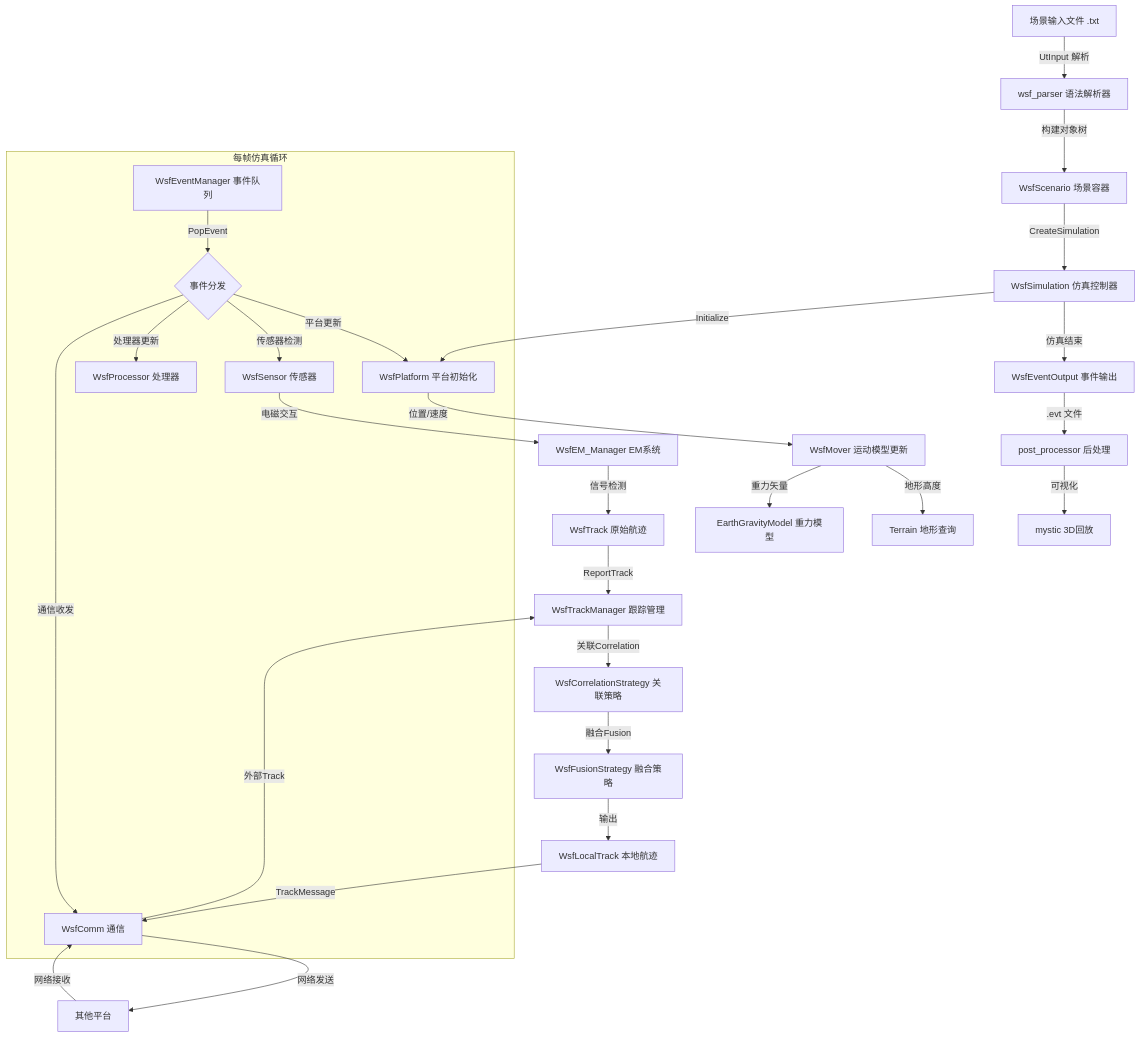
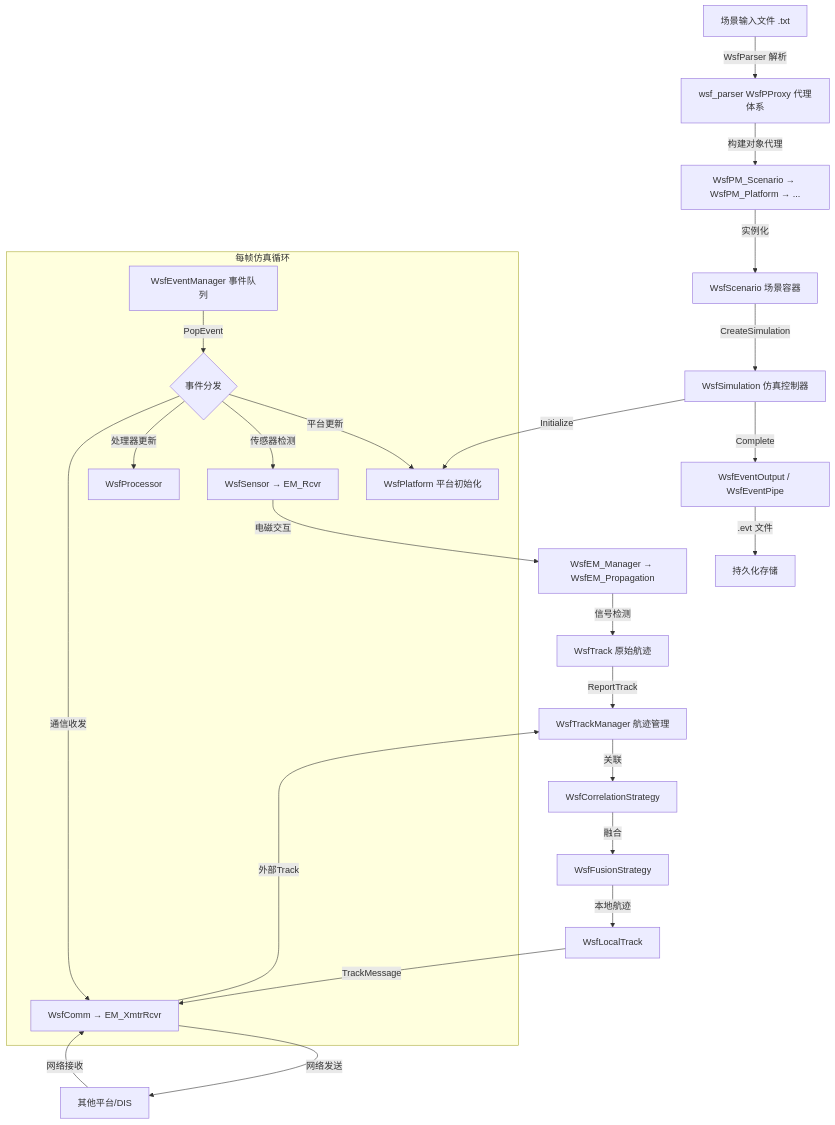
Before and after one commit to huaren990-bot/afsim-analysis-skill-project: the third of 4 diagrams in docs/architecture/afsim-architecture.md, drawn with Mermaid. The commit also changed other lines of this file and 8 other files, not shown here.

````diff
--- a/docs/architecture/afsim-architecture.md
+++ b/docs/architecture/afsim-architecture.md
@@ -325,34 +247,31 @@
 ```mermaid
 flowchart TD
-    SCENE_TXT["场景输入文件 .txt"] -->|"UtInput 解析"| PARSER["wsf_parser 语法解析器"]
-    PARSER -->|"构建对象树"| SCENARIO["WsfScenario 场景容器"]
+    SCENE_TXT["场景输入文件 .txt"] -->|"WsfParser 解析"| PARSER["wsf_parser WsfPProxy 代理体系"]
+    PARSER -->|"构建对象代理"| PM["WsfPM_Scenario → WsfPM_Platform → ..."]
+    PM -->|"实例化"| SCENARIO["WsfScenario 场景容器"]
     SCENARIO -->|"CreateSimulation"| SIM["WsfSimulation 仿真控制器"]
+
     SIM -->|"Initialize"| PLATFORM["WsfPlatform 平台初始化"]
-    
-    PLATFORM -->|"位置/速度"| MOVER["WsfMover 运动模型更新"]
-    MOVER -->|"地形高度"| TERRAIN["Terrain 地形查询"]
-    MOVER -->|"重力矢量"| GRAVITY["EarthGravityModel 重力模型"]
 
     subgraph "每帧仿真循环"
         EVENT_Q["WsfEventManager 事件队列"] -->|"PopEvent"| DISPATCH{"事件分发"}
         DISPATCH -->|"平台更新"| PLATFORM
-        DISPATCH -->|"传感器检测"| SENSOR["WsfSensor 传感器"]
-        DISPATCH -->|"处理器更新"| PROC["WsfProcessor 处理器"]
-        DISPATCH -->|"通信收发"| COMM["WsfComm 通信"]
+        DISPATCH -->|"传感器检测"| SENSOR["WsfSensor → EM_Rcvr"]
+        DISPATCH -->|"处理器更新"| PROC["WsfProcessor"]
+        DISPATCH -->|"通信收发"| COMM["WsfComm → EM_XmtrRcvr"]
     end
 
-    SENSOR -->|"电磁交互"| EM["WsfEM_Manager EM系统"]
+    SENSOR -->|"电磁交互"| EM["WsfEM_Manager → WsfEM_Propagation"]
     EM -->|"信号检测"| TRACK["WsfTrack 原始航迹"]
-    TRACK -->|"ReportTrack"| TRKMGR["WsfTrackManager 跟踪管理"]
-    TRKMGR -->|"关联Correlation"| CORR["WsfCorrelationStrategy 关联策略"]
-    CORR -->|"融合Fusion"| FUSION["WsfFusionStrategy 融合策略"]
-    FUSION -->|"输出"| LOCAL["WsfLocalTrack 本地航迹"]
+    TRACK -->|"ReportTrack"| TRKMGR["WsfTrackManager 航迹管理"]
+    TRKMGR -->|"关联"| CORR["WsfCorrelationStrategy"]
+    CORR -->|"融合"| FUSION["WsfFusionStrategy"]
+    FUSION -->|"本地航迹"| LOCAL["WsfLocalTrack"]
     LOCAL -->|"TrackMessage"| COMM
-    COMM -->|"网络发送"| OTHER["其他平台"]
+    COMM -->|"网络发送"| OTHER["其他平台/DIS"]
     OTHER -->|"网络接收"| COMM
     COMM -->|"外部Track"| TRKMGR
 
-    SIM -->|"仿真结束"| OUTPUT["WsfEventOutput 事件输出"]
-    OUTPUT -->|".evt 文件"| POST["post_processor 后处理"]
-    POST -->|"可视化"| MYSTIC["mystic 3D回放"]
+    SIM -->|"Complete"| OUTPUT["WsfEventOutput / WsfEventPipe"]
+    OUTPUT -->|".evt 文件"| DISK["持久化存储"]
 ```
````
